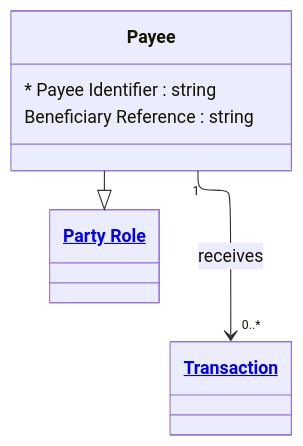
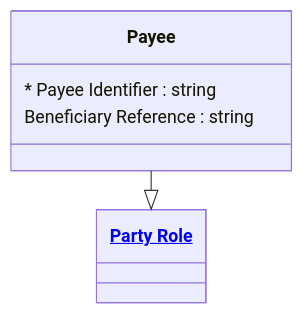
The diagram in examples/Financial Crime/entities/payee.md (Semprini/md-ddl), drawn with Mermaid before and after one commit. The commit also changed other lines of this file and 12 other files, not shown here.

````diff
--- a/examples/Financial Crime/entities/payee.md
+++ b/examples/Financial Crime/entities/payee.md
@@ -9,17 +9,15 @@
 ```mermaid
 ---
 config:
   layout: elk
 ---
 classDiagram
   class Payee{
     * Payee Identifier : string
     Beneficiary Reference : string
   }
 
   Payee --|> PartyRole
-  Payee "1" --> "0..*" Transaction : receives
 
   class PartyRole["<a href='party_role.md'>Party Role</a>"]
-  class Transaction["<a href='transaction.md'>Transaction</a>"]
 ```
````
